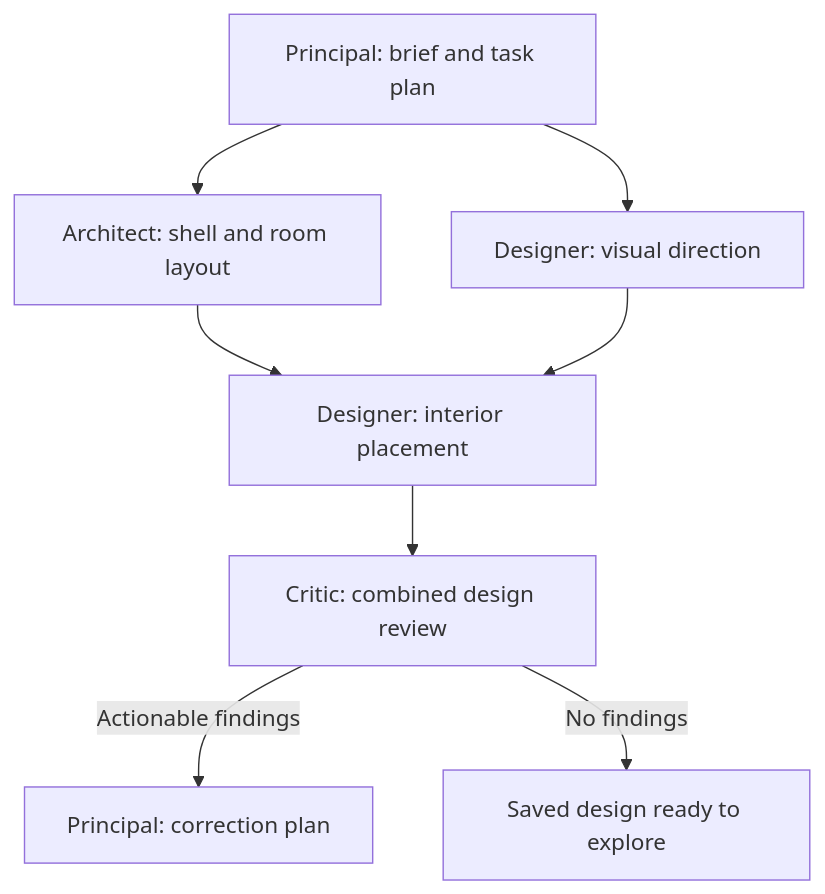
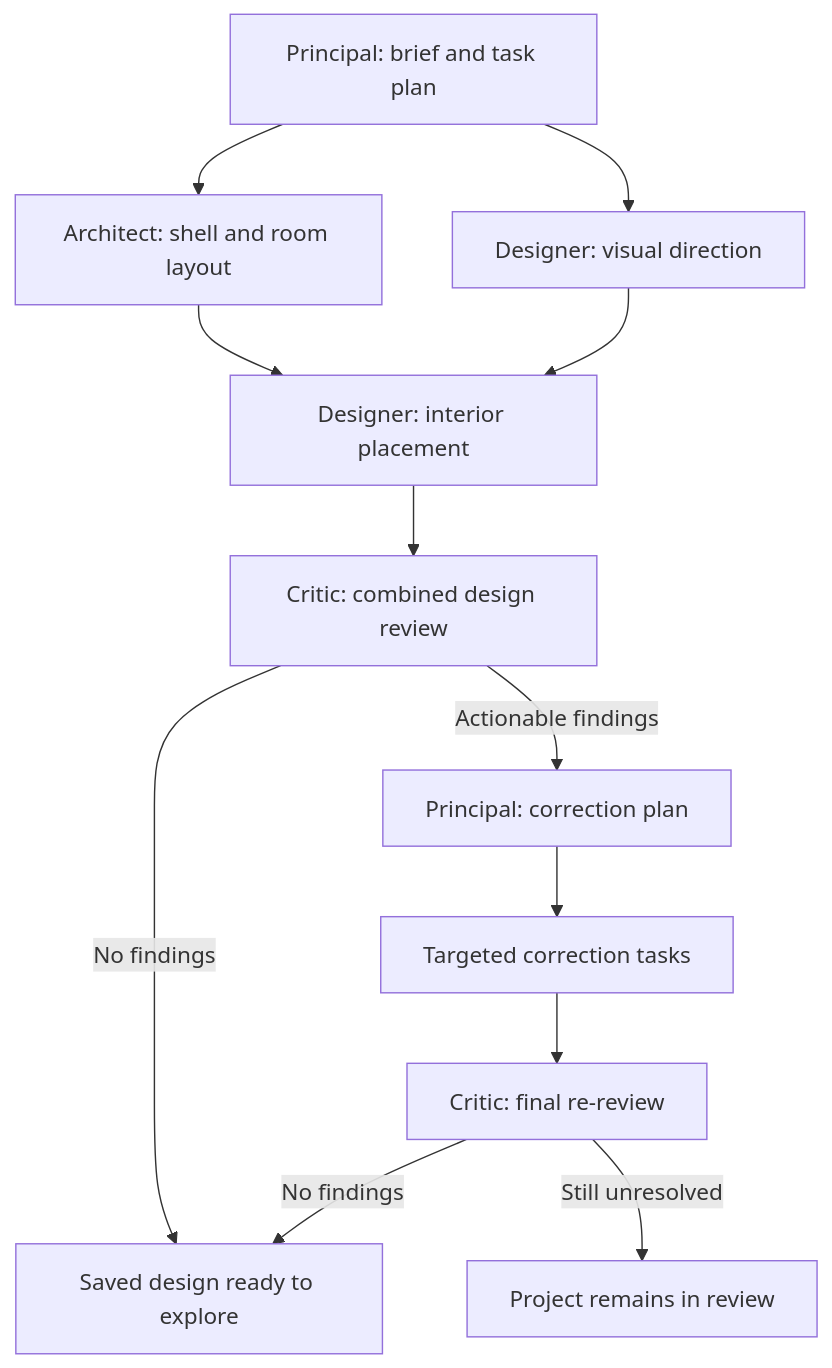
Before and after one commit to UltraRaptorYT/Atelier: the diagram in docs/concurrent-agents.md, drawn with Mermaid. The commit also changed other lines of this file and 26 other files, not shown here.

Commit message:
feat: Enhance Blender integration and error handling; improve model schema validation

````diff
--- a/docs/concurrent-agents.md
+++ b/docs/concurrent-agents.md
@@ -7,10 +15,14 @@
 ```mermaid
 flowchart TD
   P[Principal: brief and task plan] --> A[Architect: shell and room layout]
   P --> V[Designer: visual direction]
   A --> I[Designer: interior placement]
   V --> I
   I --> R[Critic: combined design review]
   R -->|Actionable findings| C[Principal: correction plan]
   R -->|No findings| F[Saved design ready to explore]
+  C --> T[Targeted correction tasks]
+  T --> R2[Critic: final re-review]
+  R2 -->|No findings| F
+  R2 -->|Still unresolved| H[Project remains in review]
 ```
````
